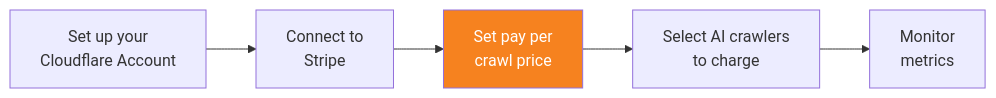
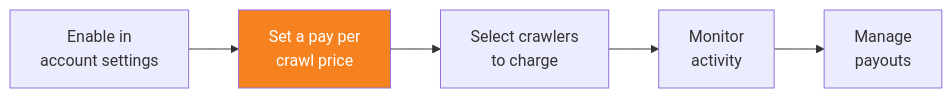
Before and after one commit to rdhanarot/cloudflare-docs: the diagram in src/content/docs/ai-crawl-control/features/pay-per-crawl/use-pay-per-crawl-as-site-owner/set-a-pay-per-crawl-price.mdx, drawn with Mermaid. The commit also changed other lines of this file and 17 other files, not shown here.

First line of the commit message:
AI Crawl Control: Reflect Dashboard Changes and Update Pay Per Crawl Site Owner Onboarding (#25081)

````diff
--- a/src/content/docs/ai-crawl-control/features/pay-per-crawl/use-pay-per-crawl-as-site-owner/set-a-pay-per-crawl-price.mdx
+++ b/src/content/docs/ai-crawl-control/features/pay-per-crawl/use-pay-per-crawl-as-site-owner/set-a-pay-per-crawl-price.mdx
@@ -10,8 +10,13 @@
 ```mermaid
 graph LR
-A[Set up your<br>Cloudflare Account] --> B[Connect to<br>Stripe]
-B --> C[Set pay per<br>crawl price]:::highlight
-C --> D[Select AI crawlers<br>to charge]
-D --> E[Monitor<br>metrics]
+A[Enable in<br>account settings] --> B[Set a pay per <br/>crawl price ]:::highlight
+B --> C[Select crawlers<br>to charge]
+C --> D[Monitor<br>activity]
+D --> E[Manage<br>payouts]
 classDef highlight fill:#F6821F,color:white
+
+click A "/ai-crawl-control/features/pay-per-crawl/use-pay-per-crawl-as-site-owner/enable-in-account-settings/"
+click C "/ai-crawl-control/features/pay-per-crawl/use-pay-per-crawl-as-site-owner/select-crawlers-to-charge/"
+click D "/ai-crawl-control/features/pay-per-crawl/use-pay-per-crawl-as-site-owner/monitor-activity/"
+click E "/ai-crawl-control/features/pay-per-crawl/use-pay-per-crawl-as-site-owner/manage-payouts/"
 ```
````
